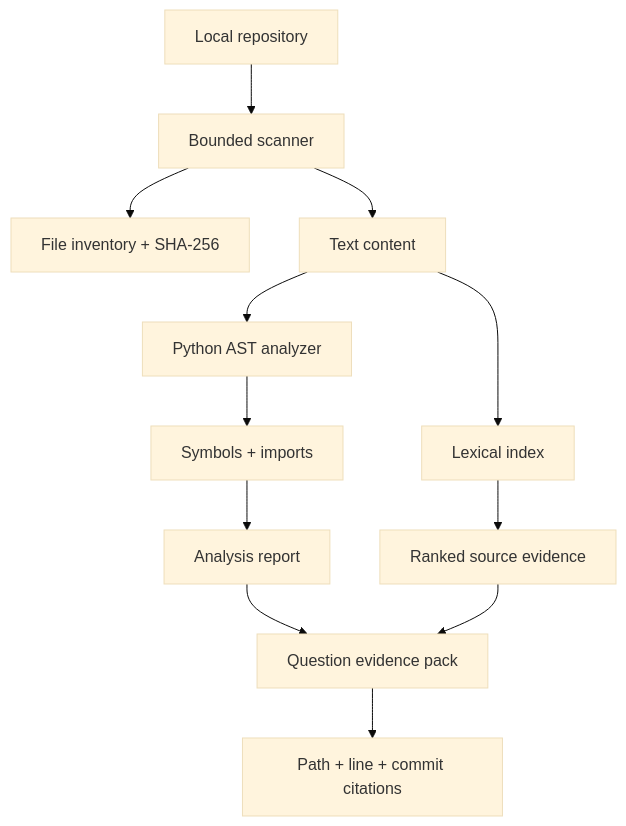
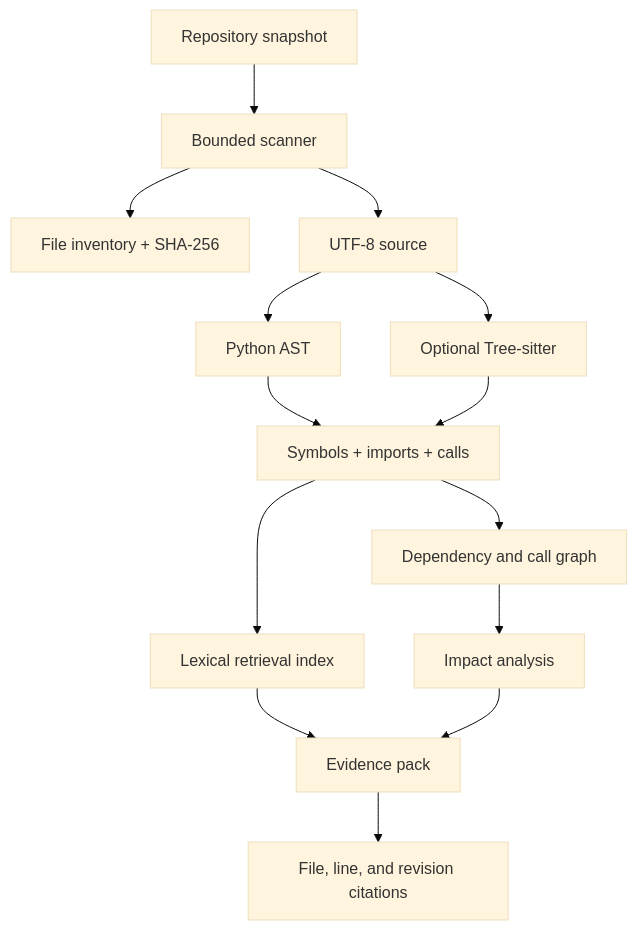
Before and after one commit to archivesofkrish/repoatlas-ai: the diagram in README.md, drawn with Mermaid (base theme). The commit also changed other lines of this file, not shown here.

Commit message:
docs: document graph-aware multi-language analysis

````diff
--- a/README.md
+++ b/README.md
@@ -105,14 +138,16 @@
 ```mermaid
 flowchart TD
-    A[Local repository] --> B[Bounded scanner]
+    A[Repository snapshot] --> B[Bounded scanner]
     B --> C[File inventory + SHA-256]
-    B --> D[Text content]
-    D --> E[Python AST analyzer]
-    D --> F[Lexical index]
-    E --> G[Symbols + imports]
-    G --> H[Analysis report]
-    F --> I[Ranked source evidence]
-    H --> J[Question evidence pack]
-    I --> J
-    J --> K[Path + line + commit citations]
+    B --> D[UTF-8 source]
+    D --> E[Python AST]
+    D --> F[Optional Tree-sitter]
+    E --> G[Symbols + imports + calls]
+    F --> G
+    G --> H[Dependency and call graph]
+    G --> I[Lexical retrieval index]
+    H --> J[Impact analysis]
+    I --> K[Evidence pack]
+    J --> K
+    K --> L[File, line, and revision citations]
 ```
````
